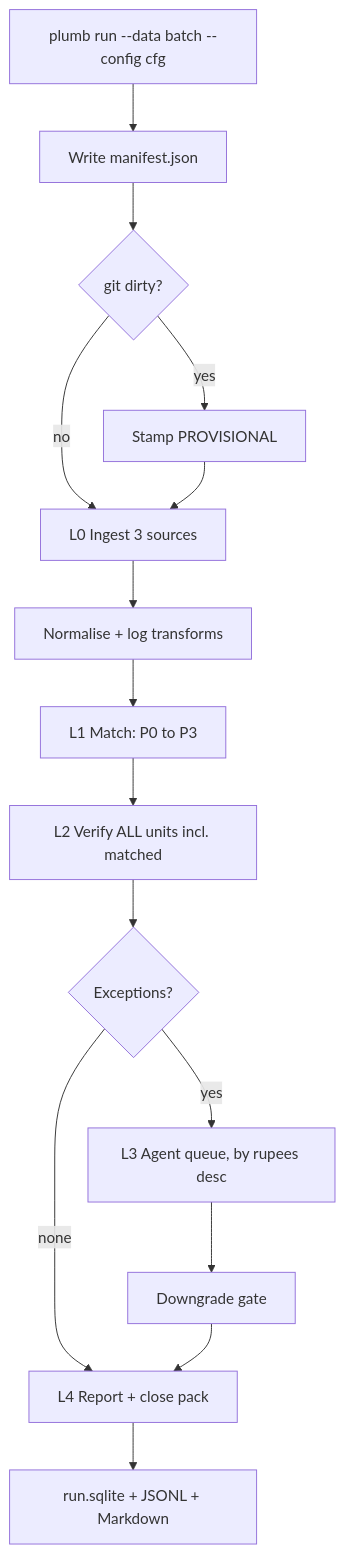
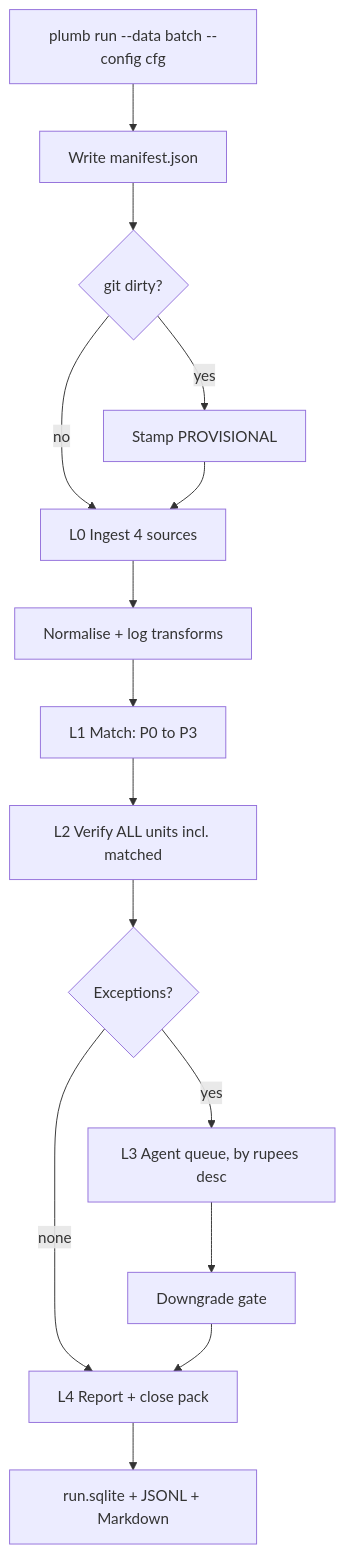
The second of 4 diagrams in docs/PLUMB_APP_FLOW.md (MeloveGupta/plumb), drawn with Mermaid before and after one commit. The commit also changed other lines of this file and 4 other files, not shown here.

````diff
--- a/docs/PLUMB_APP_FLOW.md
+++ b/docs/PLUMB_APP_FLOW.md
@@ -66,17 +66,17 @@
 ```mermaid
 flowchart TD
     A[plumb run --data batch --config cfg] --> B[Write manifest.json]
     B --> C{git dirty?}
     C -->|yes| C1[Stamp PROVISIONAL]
     C -->|no| D
-    C1 --> D[L0 Ingest 3 sources]
+    C1 --> D[L0 Ingest 4 sources]
     D --> E[Normalise + log transforms]
     E --> F[L1 Match: P0 to P3]
     F --> G[L2 Verify ALL units incl. matched]
     G --> H{Exceptions?}
     H -->|none| K
     H -->|yes| I[L3 Agent queue, by rupees desc]
     I --> J[Downgrade gate]
     J --> K[L4 Report + close pack]
     K --> L[run.sqlite + JSONL + Markdown]
 ```
````
